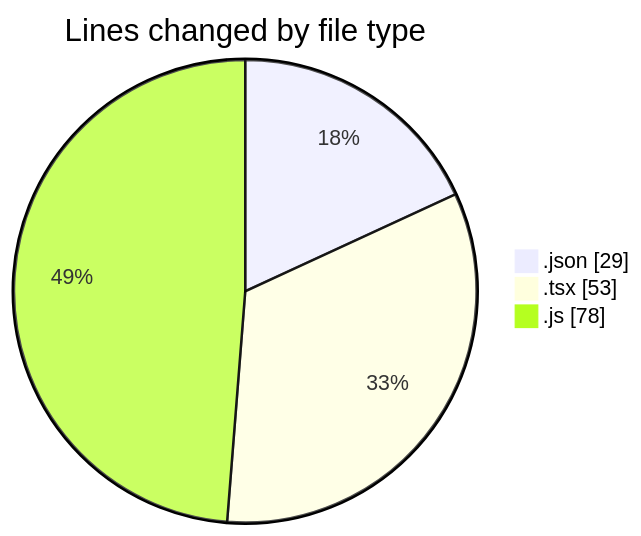
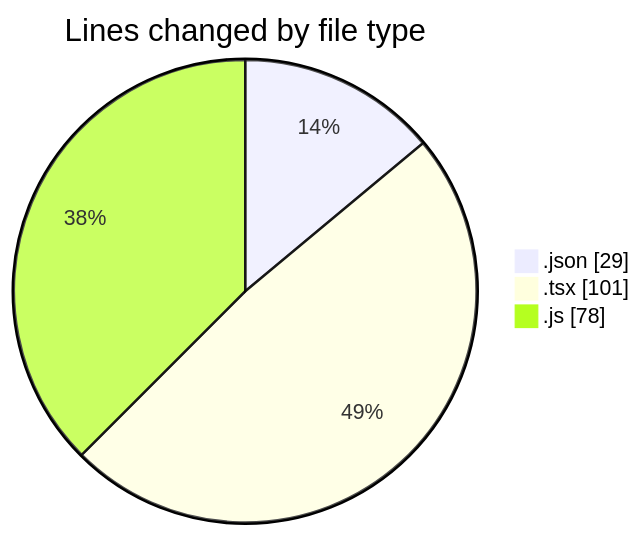
Before and after one commit to robertbonfada/code-tracking: the first of 2 diagrams in 2025-01-07/mbc-web/README.md, drawn with Mermaid. The commit also changed other lines of this file and 1 other file, not shown here.

````diff
--- a/2025-01-07/mbc-web/README.md
+++ b/2025-01-07/mbc-web/README.md
@@ -23,7 +25,7 @@
 ```mermaid
 pie showData
 title Lines changed by file type
 ".json" : 29
-".tsx" : 53
+".tsx" : 101
 ".js" : 78
 ```
````
